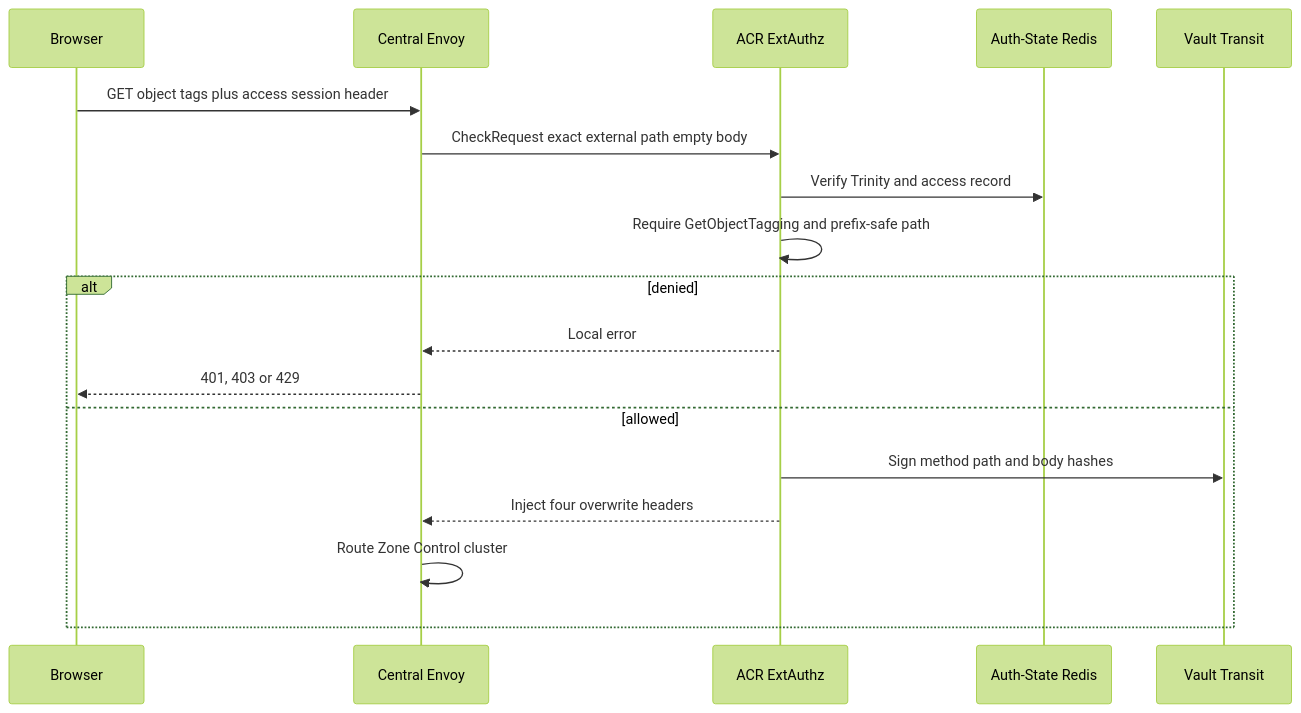
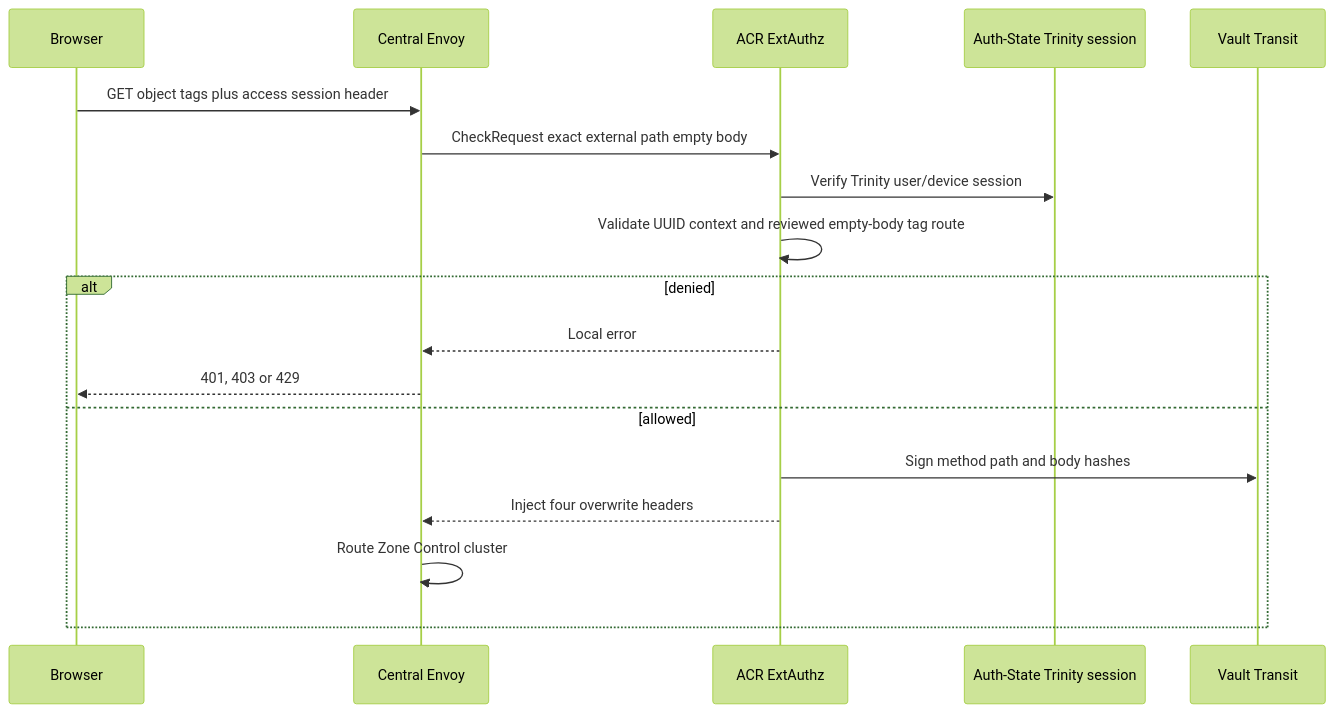
One commit to phucle996/aurora changed the first of 3 diagrams in god_view/storage/personal_storage_object_tag_read_god_view_workflow.md. Above: the diagram before and after it, drawn with Mermaid (forest theme). The commit also changed other lines of this file and 131 other files, not shown here.

````diff
--- a/god_view/storage/personal_storage_object_tag_read_god_view_workflow.md
+++ b/god_view/storage/personal_storage_object_tag_read_god_view_workflow.md
@@ -70,21 +69,21 @@
 ```mermaid
 sequenceDiagram
     participant B as Browser
     participant E as Central Envoy
     participant A as ACR ExtAuthz
-    participant AR as Auth-State Redis
+    participant AR as Auth-State Trinity session
     participant V as Vault Transit
 
     B->>E: GET object tags plus access session header
     E->>A: CheckRequest exact external path empty body
-    A->>AR: Verify Trinity and access record
-    A->>A: Require GetObjectTagging and prefix-safe path
+    A->>AR: Verify Trinity user/device session
+    A->>A: Validate UUID context and reviewed empty-body tag route
     alt denied
         A-->>E: Local error
         E-->>B: 401, 403 or 429
     else allowed
         A->>V: Sign method path and body hashes
         A-->>E: Inject four overwrite headers
         E->>E: Route Zone Control cluster
     end
 ```
````
